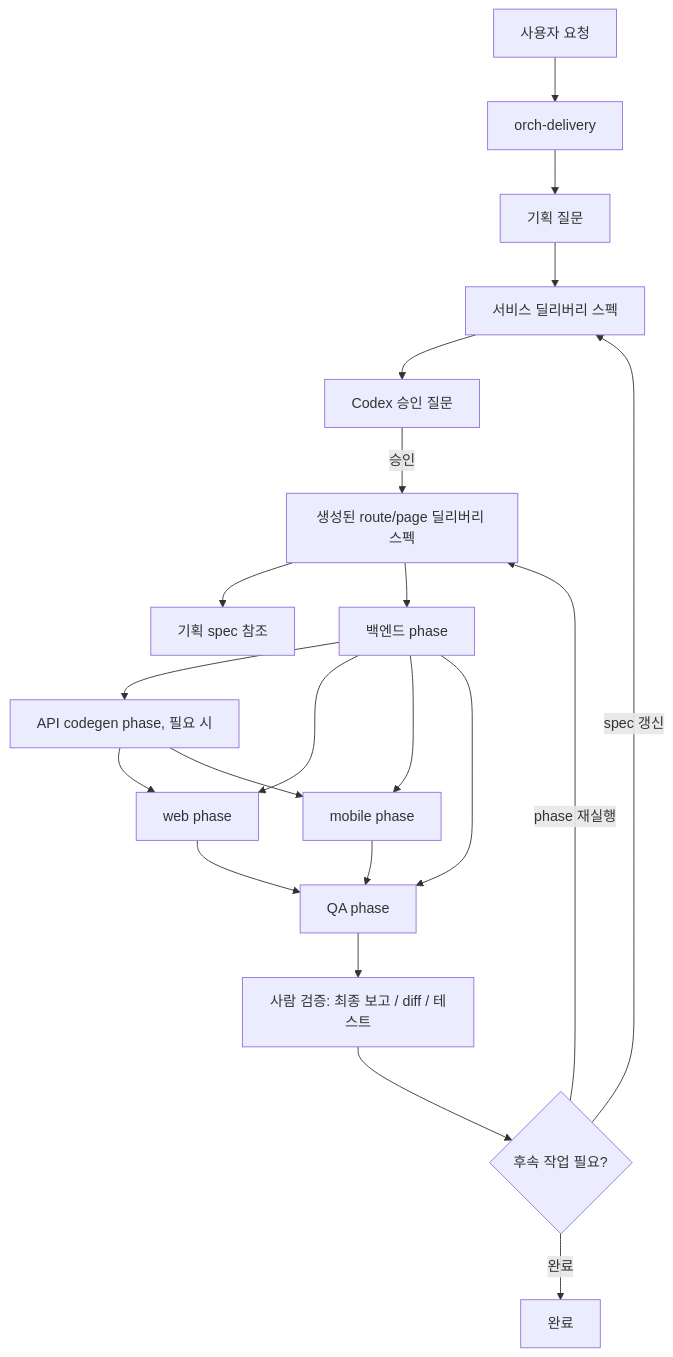
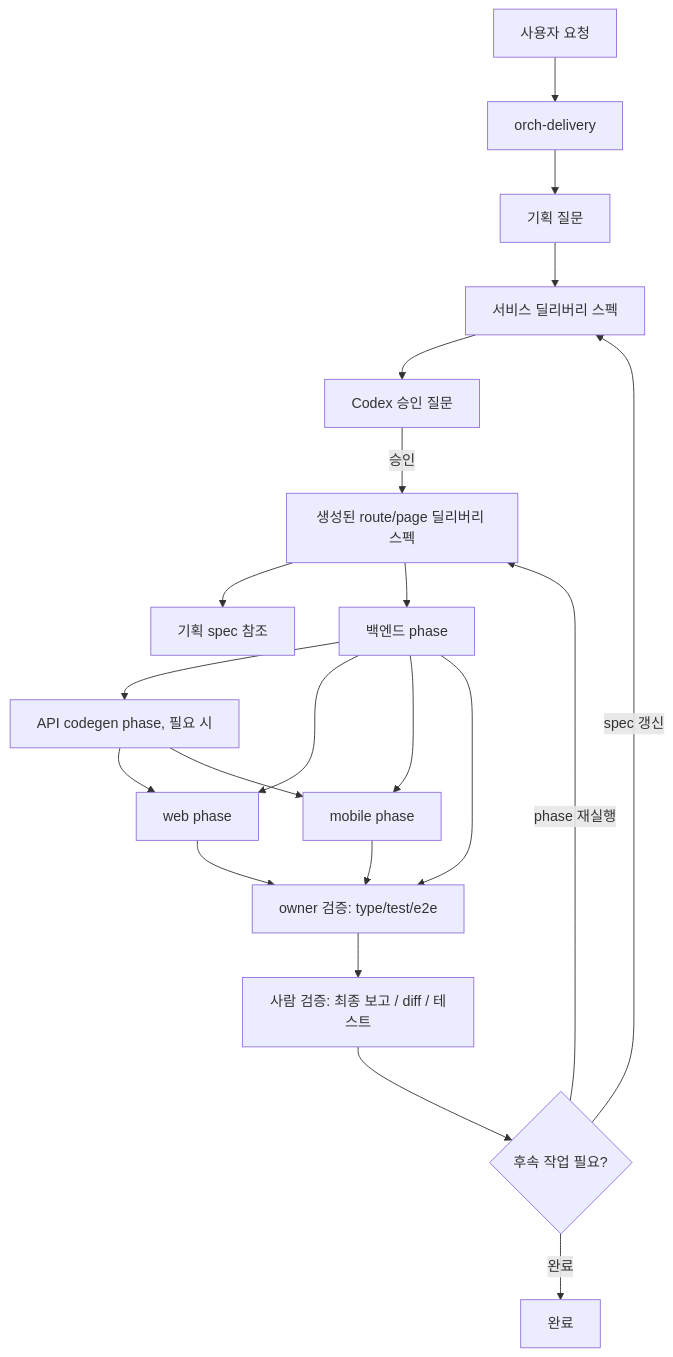
The first of 6 diagrams in docs/orchestration-agent-relationship-flow.md (kimjoongwon/prj-core), drawn with Mermaid before and after one commit. The commit also changed other lines of this file and 413 other files, not shown here.

````diff
--- a/docs/orchestration-agent-relationship-flow.md
+++ b/docs/orchestration-agent-relationship-flow.md
@@ -10,24 +10,24 @@
 ```mermaid
 flowchart TD
   Request["사용자 요청"] --> Delivery["orch-delivery"]
   Delivery --> Discovery["기획 질문"]
   Discovery --> ServiceSpec["서비스 딜리버리 스펙"]
   ServiceSpec --> Ask["Codex 승인 질문"]
   Ask -->|승인| RouteSpecs["생성된 route/page 딜리버리 스펙"]
   RouteSpecs --> Planning["기획 spec 참조"]
   RouteSpecs --> Backend["백엔드 phase"]
   Backend --> Codegen["API codegen phase, 필요 시"]
   Codegen --> Web["web phase"]
   Codegen --> Mobile["mobile phase"]
   Backend --> Web
   Backend --> Mobile
-  Web --> QA["QA phase"]
-  Mobile --> QA
-  Backend --> QA
+  Web --> OwnerVerify["owner 검증: type/test/e2e"]
+  Mobile --> OwnerVerify
+  Backend --> OwnerVerify
 
-  QA --> HumanReview["사람 검증: 최종 보고 / diff / 테스트"]
+  OwnerVerify --> HumanReview["사람 검증: 최종 보고 / diff / 테스트"]
   HumanReview --> Decision{"후속 작업 필요?"}
   Decision -->|spec 갱신| ServiceSpec
   Decision -->|phase 재실행| RouteSpecs
   Decision -->|완료| Done["완료"]
 ```
````
